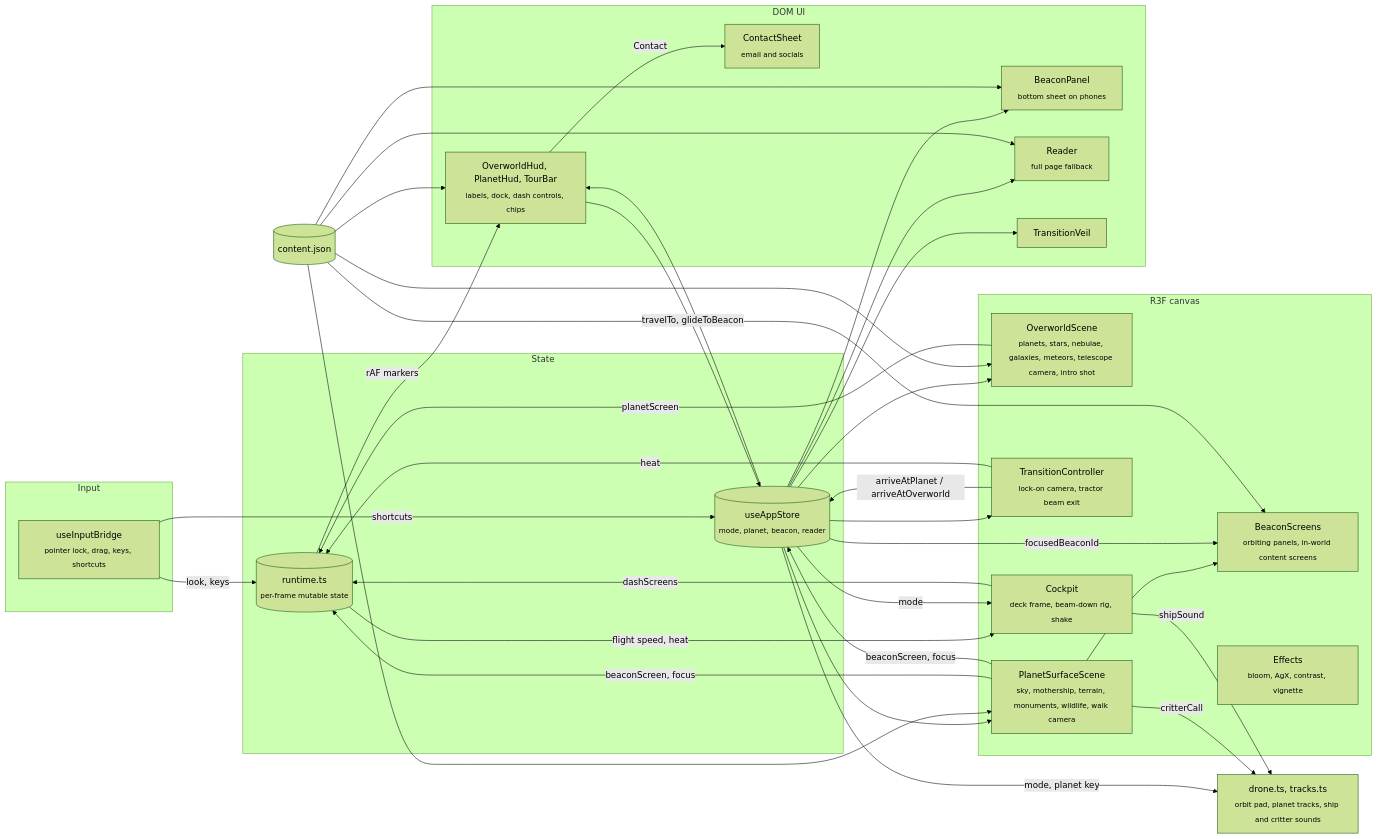
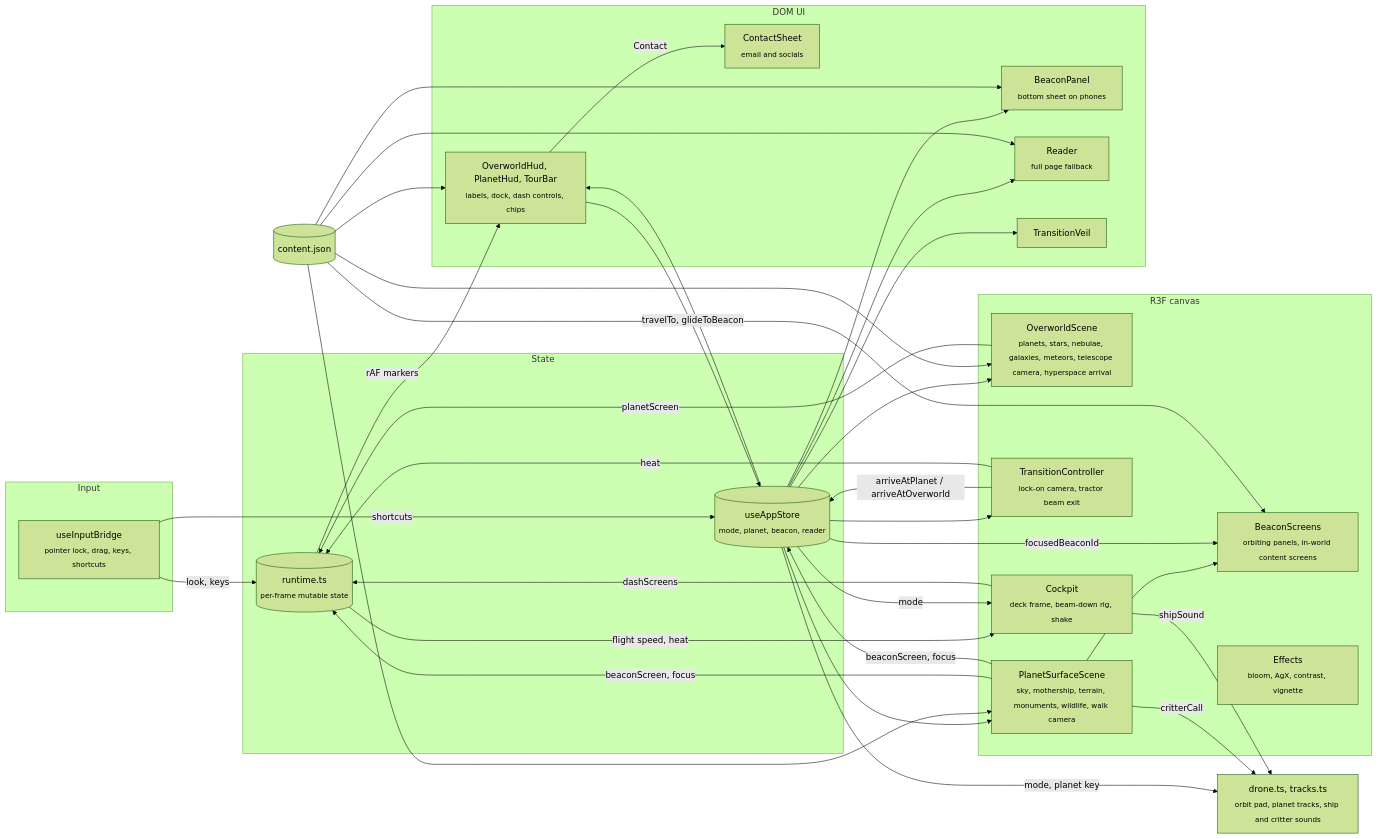
One commit to teddycitrus/portfolio changed the first of 2 diagrams in README.md. Above: the diagram before and after it, drawn with Mermaid (forest theme). The commit also changed other lines of this file and 12 other files, not shown here.

````diff
--- a/README.md
+++ b/README.md
@@ -19,47 +19,47 @@
 ```mermaid
 flowchart LR
   subgraph Input
     bridge["useInputBridge<br/><sub>pointer lock, drag, keys, shortcuts</sub>"]
   end
   subgraph State
     store[("useAppStore<br/><sub>mode, planet, beacon, reader</sub>")]
     runtime[("runtime.ts<br/><sub>per-frame mutable state</sub>")]
   end
   subgraph Canvas["R3F canvas"]
-    overworld["OverworldScene<br/><sub>planets, stars, nebulae, galaxies, meteors, telescope camera, intro shot</sub>"]
+    overworld["OverworldScene<br/><sub>planets, stars, nebulae, galaxies, meteors, telescope camera, hyperspace arrival</sub>"]
     surface["PlanetSurfaceScene<br/><sub>sky, mothership, terrain, monuments, wildlife, walk camera</sub>"]
     screens["BeaconScreens<br/><sub>orbiting panels, in-world content screens</sub>"]
     transition["TransitionController<br/><sub>lock-on camera, tractor beam exit</sub>"]
     ship["Cockpit<br/><sub>deck frame, beam-down rig, shake</sub>"]
     fx["Effects<br/><sub>bloom, AgX, contrast, vignette</sub>"]
   end
   subgraph DOM["DOM UI"]
     hud["OverworldHud, PlanetHud, TourBar<br/><sub>labels, dock, dash controls, chips</sub>"]
     contact["ContactSheet<br/><sub>email and socials</sub>"]
     panel["BeaconPanel<br/><sub>bottom sheet on phones</sub>"]
     reader["Reader<br/><sub>full page fallback</sub>"]
     veil["TransitionVeil"]
   end
   content[("content.json")]
   drone["drone.ts, tracks.ts<br/><sub>orbit pad, planet tracks, ship and critter sounds</sub>"]
 
   bridge -->|"look, keys"| runtime
   bridge -->|"shortcuts"| store
   store --> overworld & surface & transition & hud & panel & reader & veil
   overworld -->|"planetScreen"| runtime
   surface -->|"beaconScreen, focus"| runtime & store
   runtime -->|"rAF markers"| hud
   surface --> screens
   surface -->|"critterCall"| drone
   store -->|"focusedBeaconId"| screens
   store -->|"mode, planet key"| drone
   content --> overworld & surface & hud & panel & reader & screens
   hud -->|"travelTo, glideToBeacon"| store
   transition -->|"arriveAtPlanet / arriveAtOverworld"| store
   transition -->|"heat"| runtime
   runtime -->|"flight speed, heat"| ship
   store -->|"mode"| ship
   ship -->|"shipSound"| drone
   ship -->|"dashScreens"| runtime
   hud -->|"Contact"| contact
 ```
````
